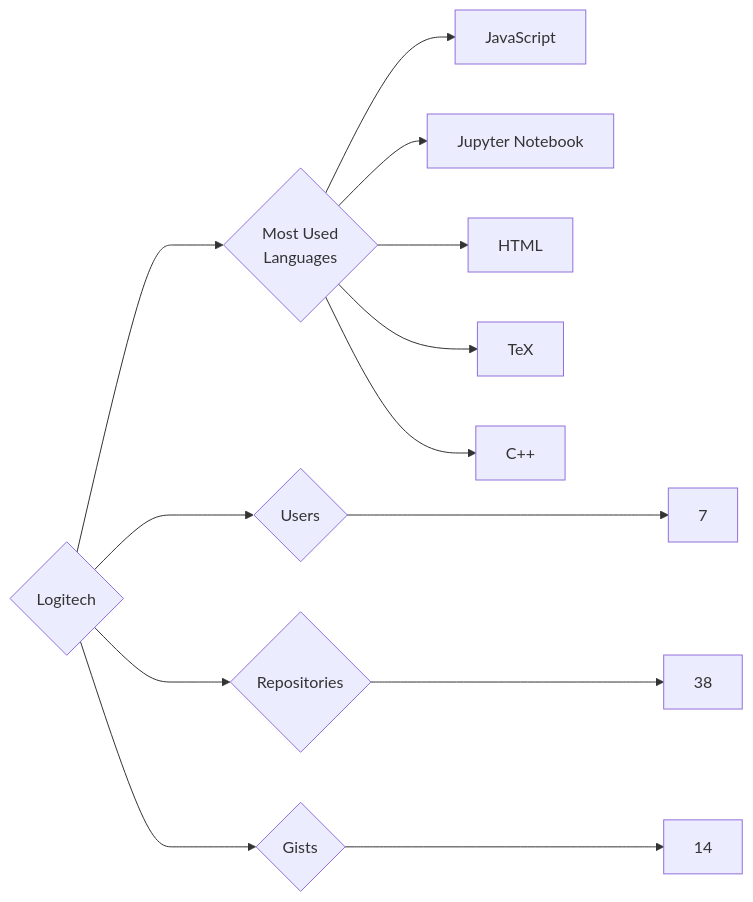
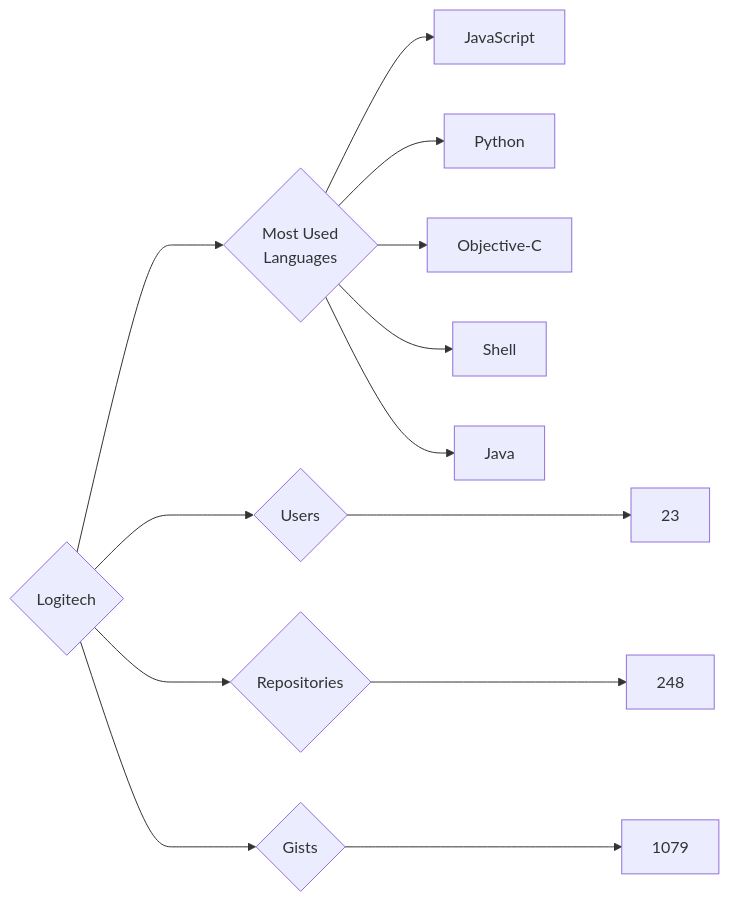
One commit to trickest/insiders changed the diagram in targets/Logitech/README.md. Above: the diagram before and after it, drawn with Mermaid. The commit also changed 944 other files, not shown here.

````diff
--- a/targets/Logitech/README.md
+++ b/targets/Logitech/README.md
@@ -3,13 +3,13 @@
 ```mermaid
 graph LR
 COMPANY_NAME{Logitech}
-COMPANY_NAME ---> U{Users} ---> UN[7]
-COMPANY_NAME ---> R{Repositories} ---> RN[38]
-COMPANY_NAME ---> G{Gists} ---> GN[14]
+COMPANY_NAME ---> U{Users} ---> UN[23]
+COMPANY_NAME ---> R{Repositories} ---> RN[248]
+COMPANY_NAME ---> G{Gists} ---> GN[1079]
 COMPANY_NAME ---> ML{Most Used<br>Languages}
 ML --> JavaScript[JavaScript]
-ML --> Jupyter_Notebook[Jupyter Notebook]
-ML --> HTML[HTML]
-ML --> TeX[TeX]
-ML --> C++[C++]
+ML --> Python[Python]
+ML --> Objective-C[Objective-C]
+ML --> Shell[Shell]
+ML --> Java[Java]
 ```
````
